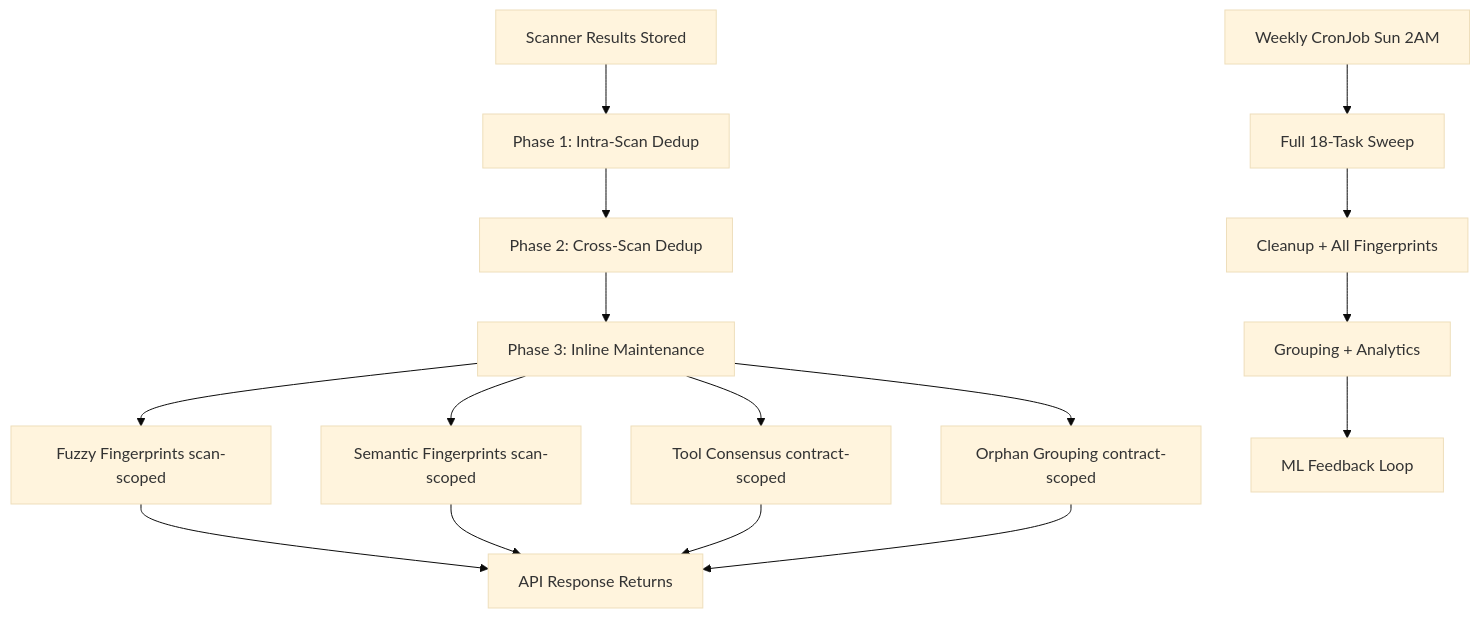
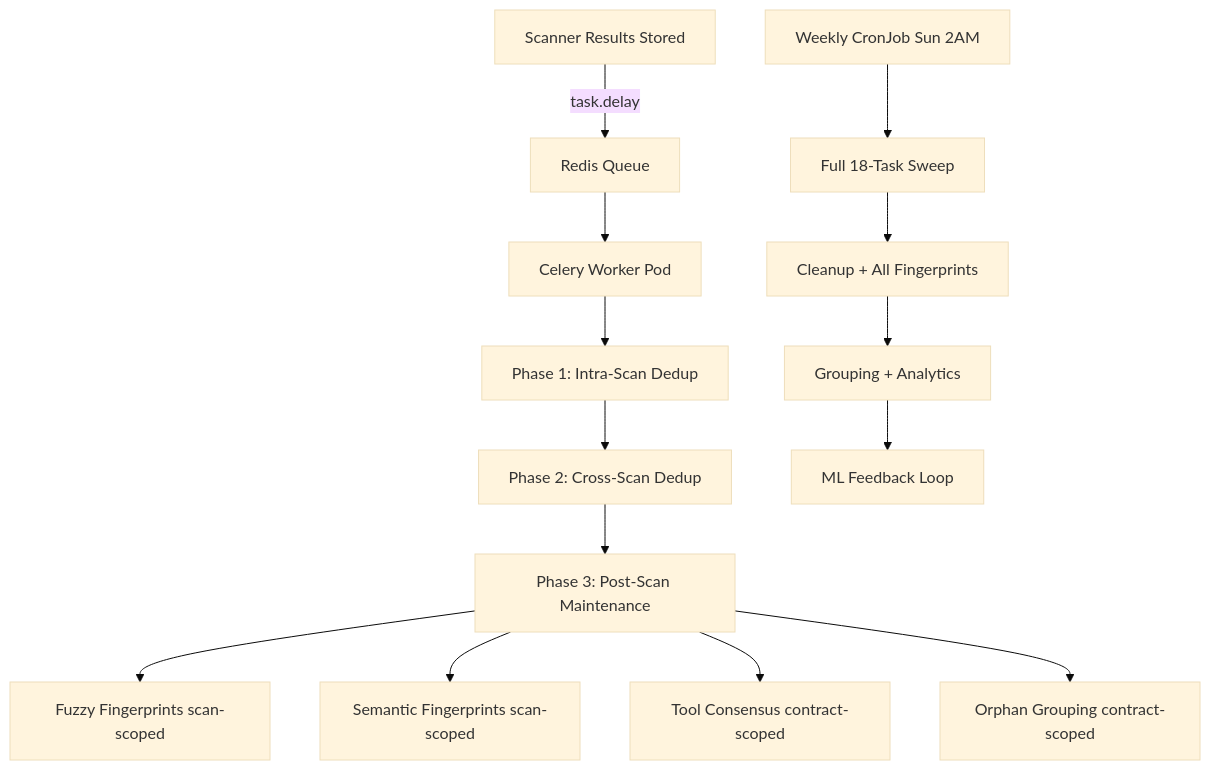
The diagram in playbooks/deduplication-maintenance.md (AdvancedBlockchainSecurity/docs), drawn with Mermaid (base theme) before and after one commit. The commit also changed other lines of this file and 9 other files, not shown here.

First line of the commit message:
docs: Update dedup docs for Celery worker architecture and is_canonical fix

````diff
--- a/playbooks/deduplication-maintenance.md
+++ b/playbooks/deduplication-maintenance.md
@@ -25,16 +28,17 @@
 ```mermaid
 flowchart TD
-    A[Scanner Results Stored] --> B[Phase 1: Intra-Scan Dedup]
-    B --> C[Phase 2: Cross-Scan Dedup]
-    C --> D[Phase 3: Inline Maintenance]
-    D --> D1[Fuzzy Fingerprints scan-scoped]
-    D --> D2[Semantic Fingerprints scan-scoped]
-    D --> D3[Tool Consensus contract-scoped]
-    D --> D4[Orphan Grouping contract-scoped]
-    D1 & D2 & D3 & D4 --> E[API Response Returns]
+    A[Scanner Results Stored] -->|task.delay| B[Redis Queue]
+    B --> C[Celery Worker Pod]
+    C --> D[Phase 1: Intra-Scan Dedup]
+    D --> E[Phase 2: Cross-Scan Dedup]
+    E --> F[Phase 3: Post-Scan Maintenance]
+    F --> F1[Fuzzy Fingerprints scan-scoped]
+    F --> F2[Semantic Fingerprints scan-scoped]
+    F --> F3[Tool Consensus contract-scoped]
+    F --> F4[Orphan Grouping contract-scoped]
 
-    F[Weekly CronJob Sun 2AM] --> G[Full 18-Task Sweep]
-    G --> H[Cleanup + All Fingerprints]
-    H --> I[Grouping + Analytics]
-    I --> J[ML Feedback Loop]
+    G[Weekly CronJob Sun 2AM] --> H[Full 18-Task Sweep]
+    H --> I[Cleanup + All Fingerprints]
+    I --> J[Grouping + Analytics]
+    J --> K[ML Feedback Loop]
 ```
````
